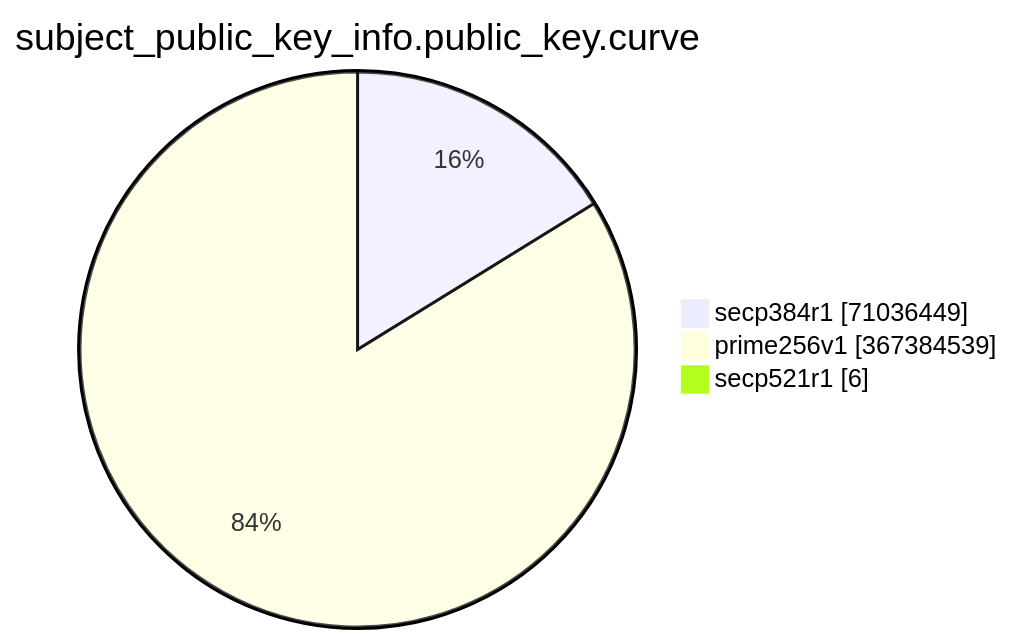
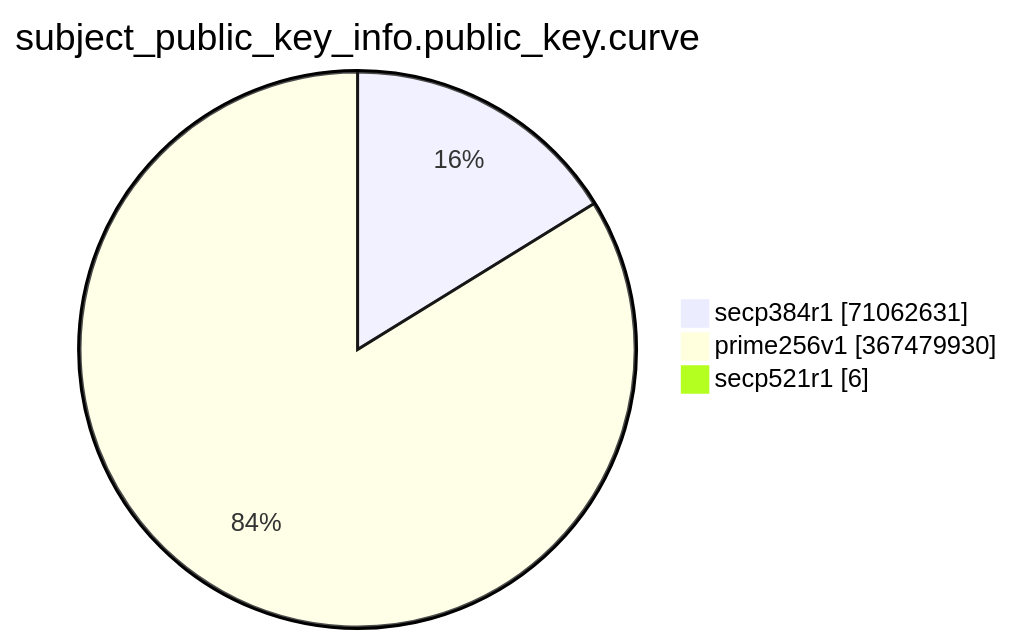
The eighth of 15 diagrams in TOTAL/README.md (christiankrug/ctmonitor_visualization), drawn with Mermaid before and after one commit. The commit also changed other lines of this file, not shown here.

````diff
--- a/TOTAL/README.md
+++ b/TOTAL/README.md
@@ -3092,7 +3092,7 @@
 ```mermaid
 pie showData
 title subject_public_key_info.public_key.curve
-"secp384r1" :71036449
-"prime256v1" :367384539
+"secp384r1" :71062631
+"prime256v1" :367479930
 "secp521r1" :6
 ```
````
